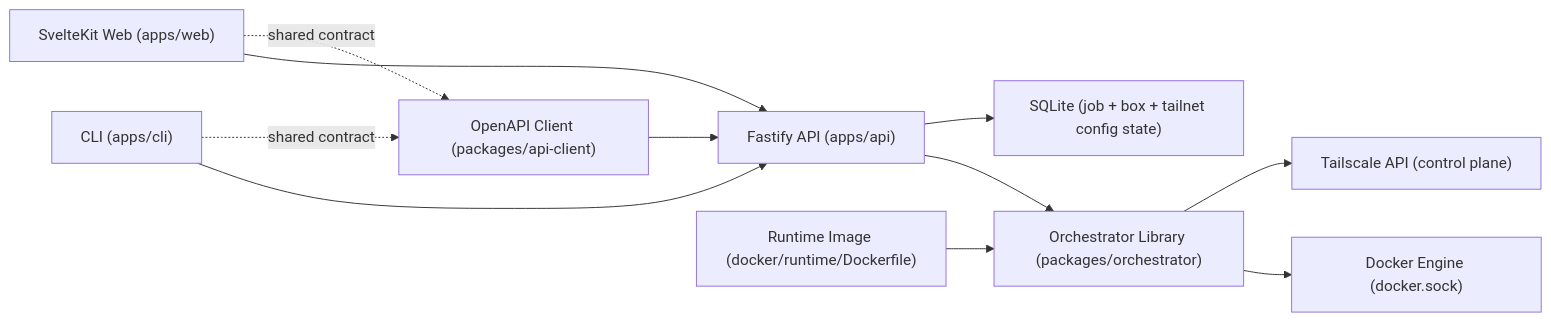
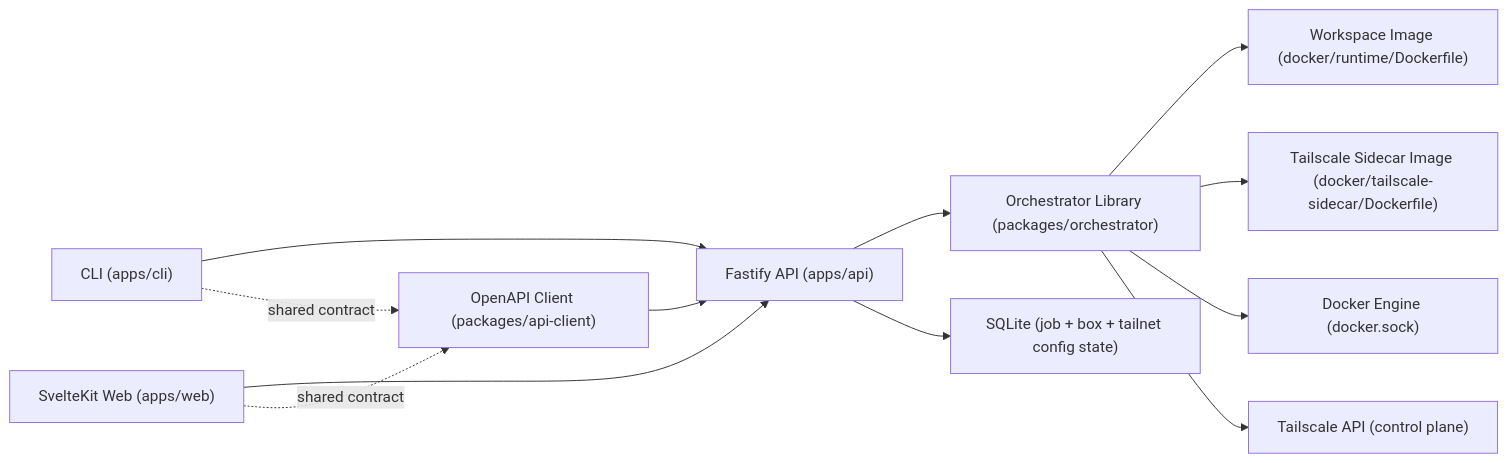
Before and after one commit to koonweee/devcontainer: the diagram in ARCHITECTURE.md, drawn with Mermaid. The commit also changed other lines of this file and 31 other files, not shown here.

Commit message:
Run dev boxes with a Tailscale sidecar namespace

````diff
--- a/ARCHITECTURE.md
+++ b/ARCHITECTURE.md
@@ -5,13 +5,14 @@
 ```mermaid
 flowchart LR
   CLI["CLI (apps/cli)"] --> API["Fastify API (apps/api)"]
   WEB["SvelteKit Web (apps/web)"] --> API
   API --> ORCH["Orchestrator Library (packages/orchestrator)"]
-  IMG["Runtime Image (docker/runtime/Dockerfile)"] --> ORCH
+  ORCH --> WORKIMG["Workspace Image (docker/runtime/Dockerfile)"]
+  ORCH --> SIDEIMG["Tailscale Sidecar Image (docker/tailscale-sidecar/Dockerfile)"]
   ORCH --> DOCKER["Docker Engine (docker.sock)"]
   API --> SQLITE["SQLite (job + box + tailnet config state)"]
   ORCH --> TS["Tailscale API (control plane)"]
   WEB -. shared contract .-> CLIENT["OpenAPI Client (packages/api-client)"]
   CLI -. shared contract .-> CLIENT
   CLIENT --> API
 ```
````
